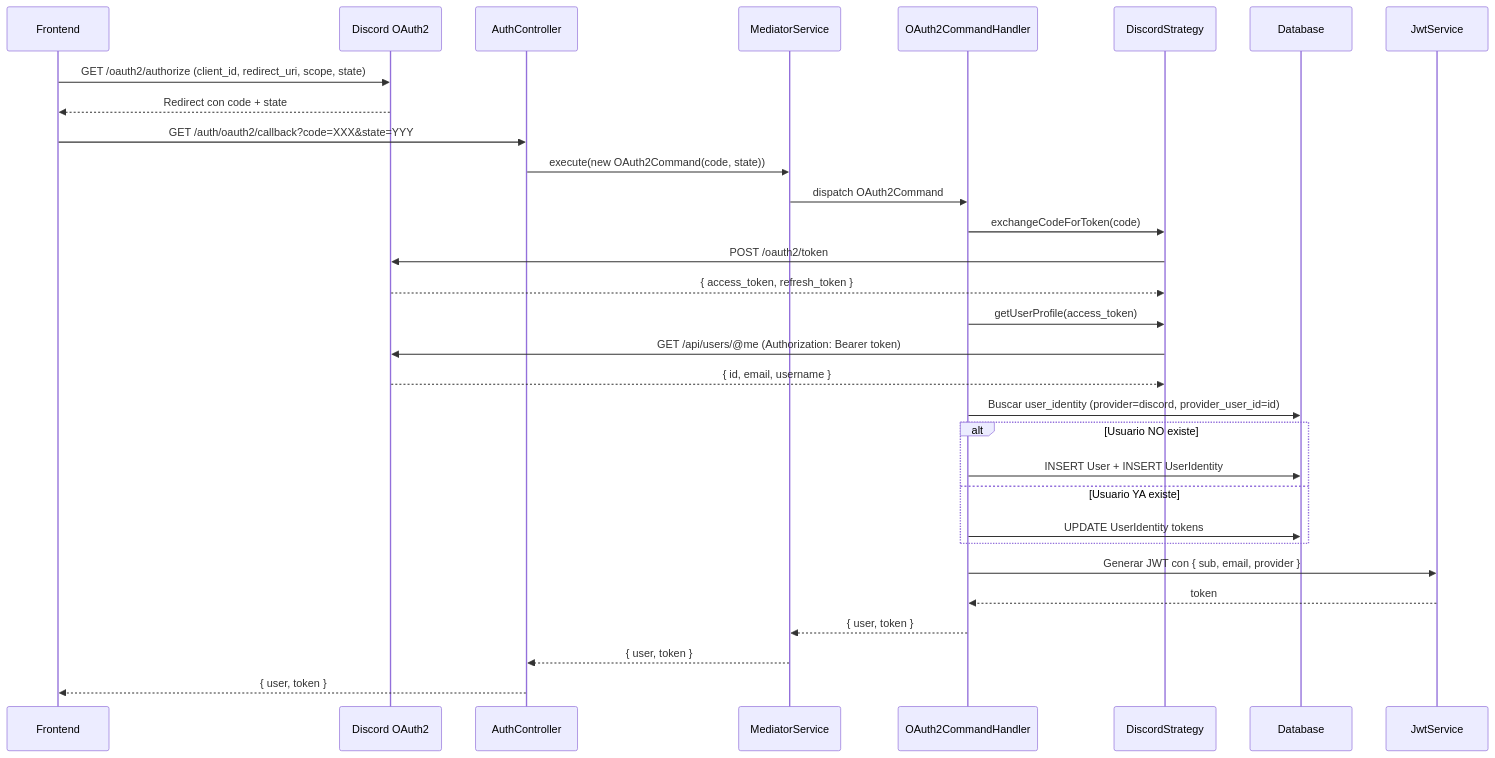
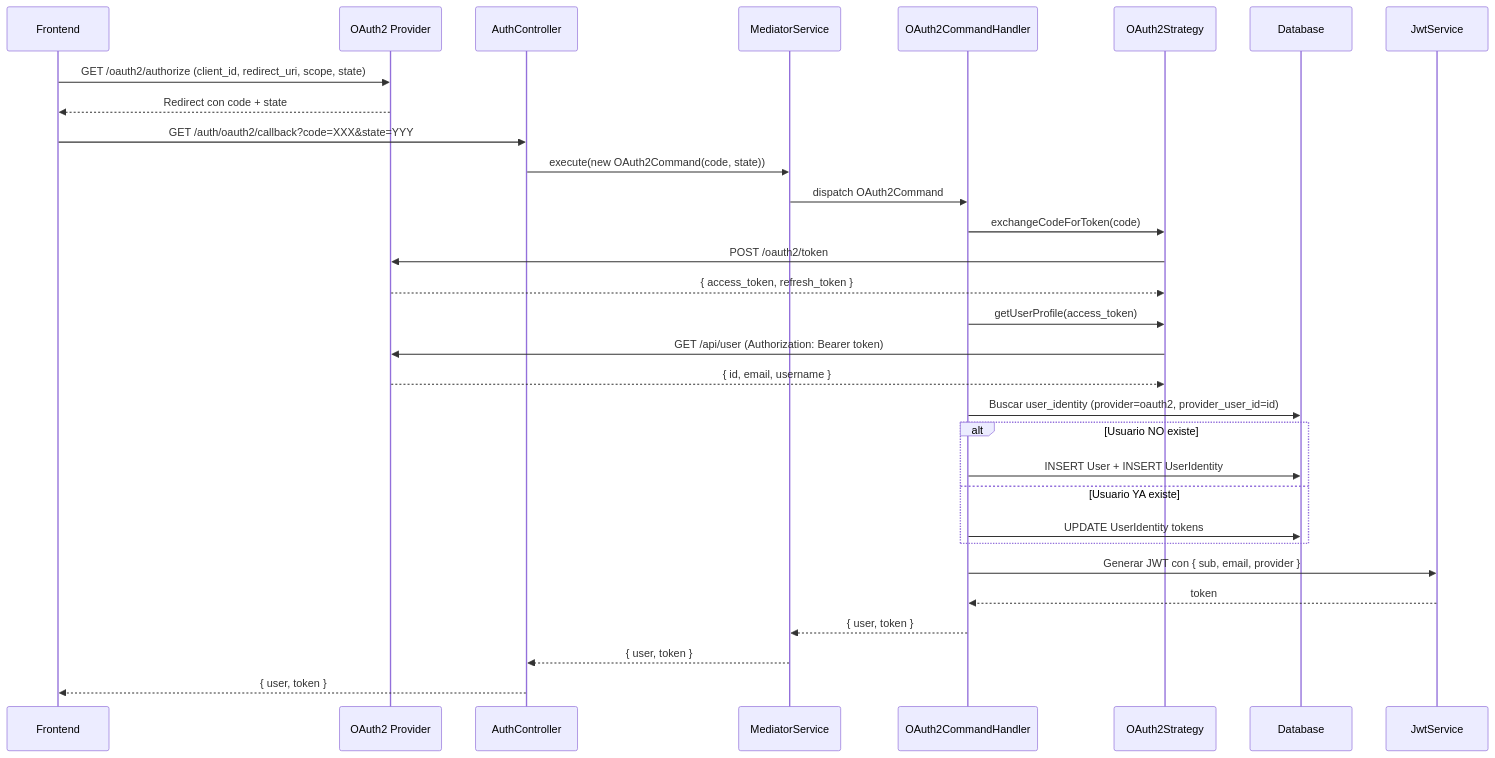
One commit to Optarys/devtalles-blog-community-api changed the first of 2 diagrams in README.md. Above: the diagram before and after it, drawn with Mermaid. The commit also changed other lines of this file, not shown here.

````diff
--- a/README.md
+++ b/README.md
@@ -78,41 +78,42 @@
   ```mermaid
-  sequenceDiagram
-      participant FE as Frontend
-      participant Discord as Discord OAuth2
-      participant AuthCtrl as AuthController
-      participant Mediator as MediatorService
-      participant CmdHandler as OAuth2CommandHandler
-      participant Strategy as DiscordStrategy
-      participant DB as Database
-      participant JWT as JwtService
-  
-      FE->>Discord: GET /oauth2/authorize (client_id, redirect_uri, scope, state)
-      Discord-->>FE: Redirect con code + state
-      FE->>AuthCtrl: GET /auth/oauth2/callback?code=XXX&state=YYY
-  
-      AuthCtrl->>Mediator: execute(new OAuth2Command(code, state))
-  
-      Mediator->>CmdHandler: dispatch OAuth2Command
-  
-      CmdHandler->>Strategy: exchangeCodeForToken(code)
-      Strategy->>Discord: POST /oauth2/token
-      Discord-->>Strategy: { access_token, refresh_token }
-      
-      CmdHandler->>Strategy: getUserProfile(access_token)
-      Strategy->>Discord: GET /api/users/@me (Authorization: Bearer token)
-      Discord-->>Strategy: { id, email, username }
-  
-      CmdHandler->>DB: Buscar user_identity (provider=discord, provider_user_id=id)
-      alt Usuario NO existe
-          CmdHandler->>DB: INSERT User + INSERT UserIdentity
-      else Usuario YA existe
-          CmdHandler->>DB: UPDATE UserIdentity tokens
-      end
-  
-      CmdHandler->>JWT: Generar JWT con { sub, email, provider }
-      JWT-->>CmdHandler: token
-  
-      CmdHandler-->>Mediator: { user, token }
-      Mediator-->>AuthCtrl: { user, token }
-      AuthCtrl-->>FE: { user, token }
+sequenceDiagram
+    participant FE as Frontend
+    participant OAuth2Provider as OAuth2 Provider
+    participant AuthCtrl as AuthController
+    participant Mediator as MediatorService
+    participant CmdHandler as OAuth2CommandHandler
+    participant Strategy as OAuth2Strategy
+    participant DB as Database
+    participant JWT as JwtService
+
+    FE->>OAuth2Provider: GET /oauth2/authorize (client_id, redirect_uri, scope, state)
+    OAuth2Provider-->>FE: Redirect con code + state
+    FE->>AuthCtrl: GET /auth/oauth2/callback?code=XXX&state=YYY
+
+    AuthCtrl->>Mediator: execute(new OAuth2Command(code, state))
+
+    Mediator->>CmdHandler: dispatch OAuth2Command
+
+    CmdHandler->>Strategy: exchangeCodeForToken(code)
+    Strategy->>OAuth2Provider: POST /oauth2/token
+    OAuth2Provider-->>Strategy: { access_token, refresh_token }
+
+    CmdHandler->>Strategy: getUserProfile(access_token)
+    Strategy->>OAuth2Provider: GET /api/user (Authorization: Bearer token)
+    OAuth2Provider-->>Strategy: { id, email, username }
+
+    CmdHandler->>DB: Buscar user_identity (provider=oauth2, provider_user_id=id)
+    alt Usuario NO existe
+        CmdHandler->>DB: INSERT User + INSERT UserIdentity
+    else Usuario YA existe
+        CmdHandler->>DB: UPDATE UserIdentity tokens
+    end
+
+    CmdHandler->>JWT: Generar JWT con { sub, email, provider }
+    JWT-->>CmdHandler: token
+
+    CmdHandler-->>Mediator: { user, token }
+    Mediator-->>AuthCtrl: { user, token }
+    AuthCtrl-->>FE: { user, token }
+
   ```
````
